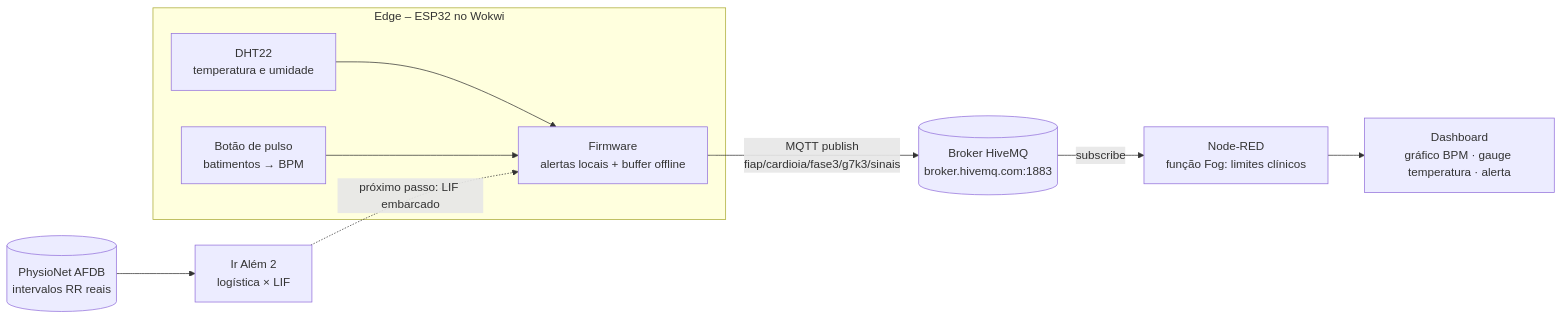
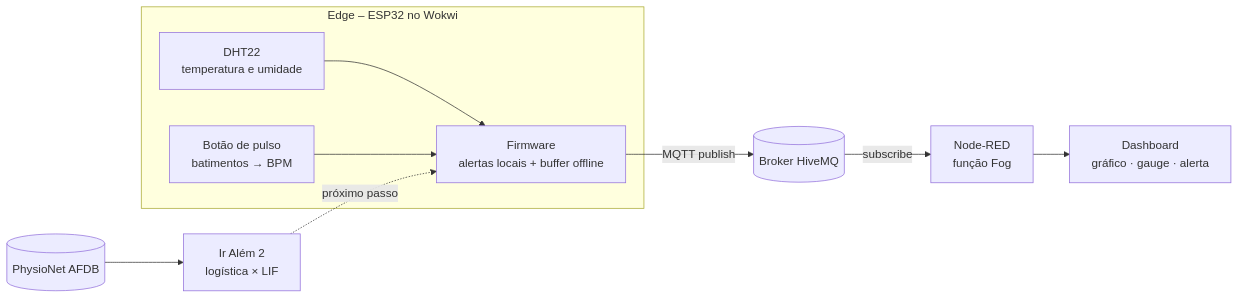
The diagram in README.md (diogoopereira/Cap-1-CardioIA-Conectada-IoT-e-Visualizacao-de-Dados-para-a-Saude-Digital), drawn with Mermaid before and after one commit. The commit also changed other lines of this file and 1 other file, not shown here.

````diff
--- a/README.md
+++ b/README.md
@@ -20,12 +33,12 @@
 ```mermaid
 flowchart LR
   subgraph EDGE["Edge – ESP32 no Wokwi"]
     S1["DHT22<br/>temperatura e umidade"] --> FW["Firmware<br/>alertas locais + buffer offline"]
     S2["Botão de pulso<br/>batimentos → BPM"] --> FW
   end
-  FW -- "MQTT publish<br/>fiap/cardioia/fase3/g7k3/sinais" --> BR[("Broker HiveMQ<br/>broker.hivemq.com:1883")]
-  BR -- "subscribe" --> NR["Node-RED<br/>função Fog: limites clínicos"]
-  NR --> DB["Dashboard<br/>gráfico BPM · gauge temperatura · alerta"]
-  PN[("PhysioNet AFDB<br/>intervalos RR reais")] --> IA["Ir Além 2<br/>logística × LIF"]
-  IA -. "próximo passo: LIF embarcado" .-> FW
+  FW -- "MQTT publish" --> BR[("Broker HiveMQ")]
+  BR -- "subscribe" --> NR["Node-RED<br/>função Fog"]
+  NR --> DB["Dashboard<br/>gráfico · gauge · alerta"]
+  PN[("PhysioNet AFDB")] --> IA["Ir Além 2<br/>logística × LIF"]
+  IA -. "próximo passo" .-> FW
 ```
````
